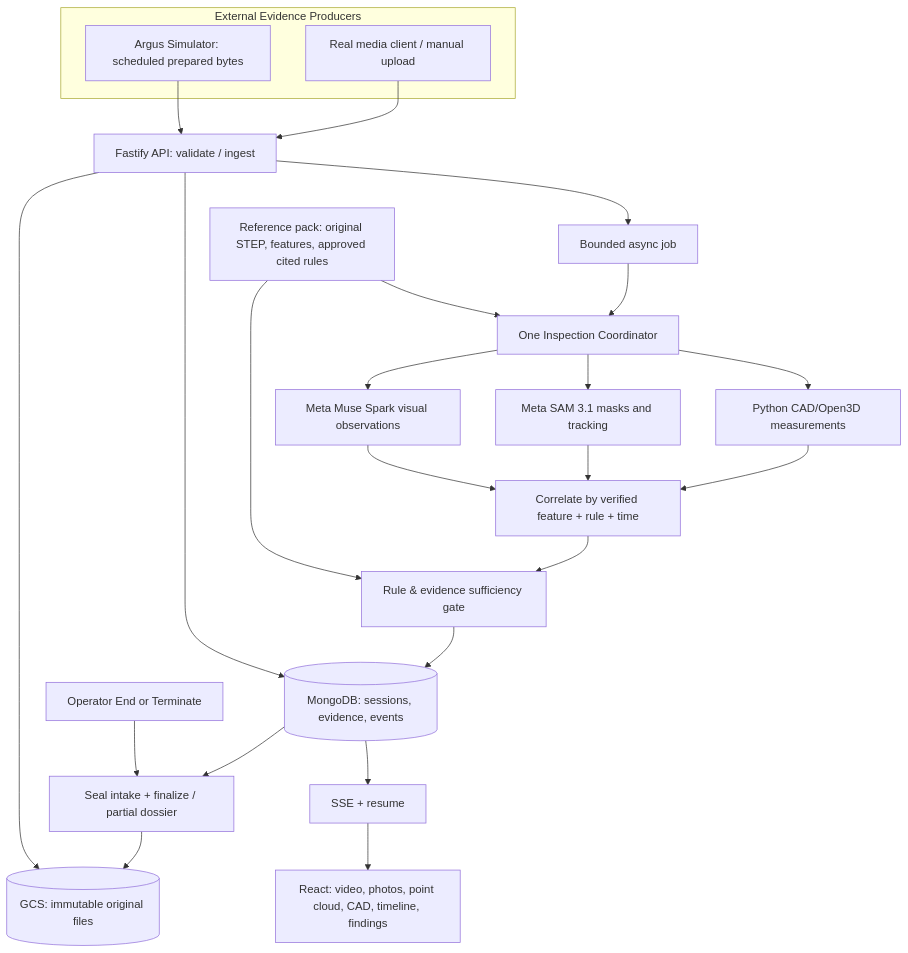
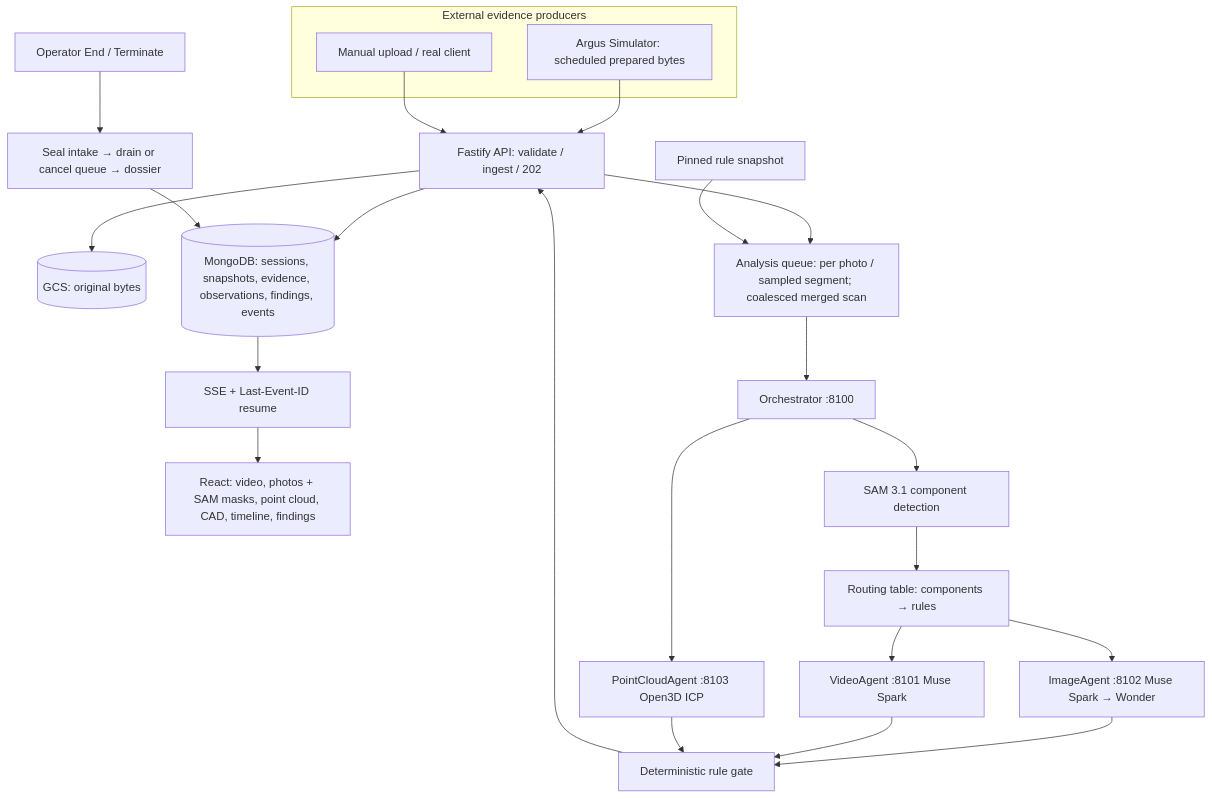
Before and after one commit to boopalanjayaraman/argus: the diagram in docs/architecture/Argus_Agentic_Architecture.md, drawn with Mermaid. The commit also changed other lines of this file and 50 other files, not shown here.

````diff
--- a/docs/architecture/Argus_Agentic_Architecture.md
+++ b/docs/architecture/Argus_Agentic_Architecture.md
@@ -41,28 +40,25 @@
 ```mermaid
 flowchart TB
-  subgraph Producer[External Evidence Producers]
+  subgraph Producer[External evidence producers]
     SIM[Argus Simulator: scheduled prepared bytes]
-    REAL[Real media client / manual upload]
+    REAL[Manual upload / real client]
   end
-  SIM --> API[Fastify API: validate / ingest]
+  SIM --> API[Fastify API: validate / ingest / 202]
   REAL --> API
-  API --> GCS[(GCS: immutable original files)]
-  API --> DB[(MongoDB: sessions, evidence, events)]
-  DB --> STREAM[SSE + resume]
-  STREAM --> WEB[React: video, photos, point cloud, CAD, timeline, findings]
-  API --> JOB[Bounded async job]
-  REF[Reference pack: original STEP, features, approved cited rules] --> COORD
-  JOB --> COORD[One Inspection Coordinator]
-  COORD --> VIS[Meta Muse Spark visual observations]
-  COORD --> SEG[Meta SAM 3.1 masks and tracking]
-  COORD --> GEO[Python CAD/Open3D measurements]
-  VIS --> FUSE[Correlate by verified feature + rule + time]
-  SEG --> FUSE
-  GEO --> FUSE
-  REF --> GATE[Rule & evidence sufficiency gate]
-  FUSE --> GATE
-  GATE --> DB
-  OP[Operator End or Terminate] --> FINAL[Seal intake + finalize / partial dossier]
-  DB --> FINAL
-  FINAL --> GCS
+  API --> GCS[(GCS: original bytes)]
+  API --> DB[(MongoDB: sessions, snapshots, evidence, observations, findings, events)]
+  DB --> SSE[SSE + Last-Event-ID resume] --> WEB[React: video, photos + SAM masks, point cloud, CAD, timeline, findings]
+  API --> Q[Analysis queue: per photo / sampled segment; coalesced merged scan]
+  SNAP[Pinned rule snapshot] --> Q
+  Q --> ORCH[Orchestrator :8100]
+  ORCH --> SAM[SAM 3.1 component detection] --> ROUTE[Routing table: components → rules]
+  ROUTE --> IMG[ImageAgent :8102 Muse Spark → Wonder]
+  ROUTE --> VID[VideoAgent :8101 Muse Spark]
+  ORCH --> PCA[PointCloudAgent :8103 Open3D ICP]
+  IMG --> GATE[Deterministic rule gate]
+  VID --> GATE
+  PCA --> GATE
+  GATE --> API
+  OP[Operator End / Terminate] --> FIN[Seal intake → drain or cancel queue → dossier]
+  FIN --> DB
 ```
````
